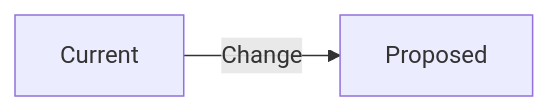
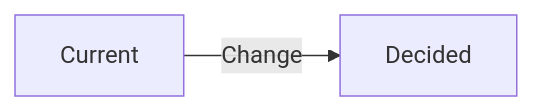
Before and after one commit to hassang371/spendsmart-dashboard: the diagram in .claude/skills/design-docs/templates/adr-short.md, drawn with Mermaid. The commit also changed other lines of this file and 3 other files, not shown here.

````diff
--- a/.claude/skills/design-docs/templates/adr-short.md
+++ b/.claude/skills/design-docs/templates/adr-short.md
@@ -20,4 +20,4 @@
 ```mermaid
 graph LR
-    A[Current] -->|Change| B[Proposed]
+    A[Current] -->|Change| B[Decided]
 ```
````
